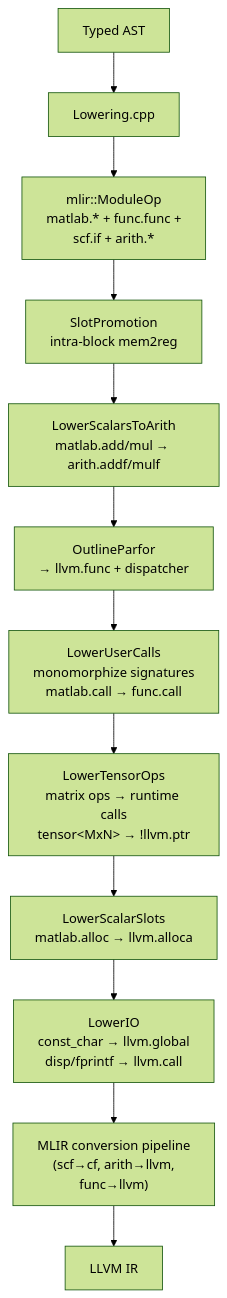
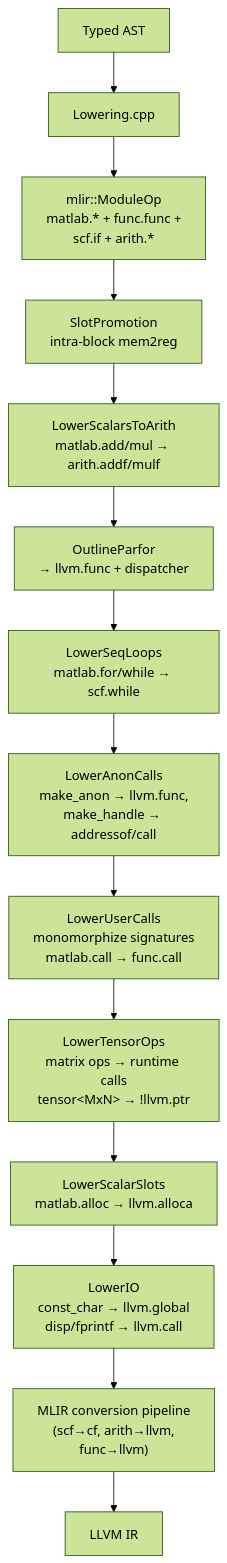
One commit to leonardoaraujosantos/matlab_llvm changed the fourth of 4 diagrams in README.md. Above: the diagram before and after it, drawn with Mermaid (forest theme). The commit also changed other lines of this file, not shown here.

First line of the commit message:
docs: sync README after sequential loops, handles, multi-recursion, nargout, implicit display

````diff
--- a/README.md
+++ b/README.md
@@ -421,14 +451,16 @@
 ```mermaid
 flowchart TD
   AST[Typed AST] --> LowerMLIR[Lowering.cpp]
   LowerMLIR --> Mod["mlir::ModuleOp<br/>matlab.* + func.func +<br/>scf.if + arith.*"]
   Mod --> SlotProm[SlotPromotion<br/>intra-block mem2reg]
   SlotProm --> ToArith[LowerScalarsToArith<br/>matlab.add/mul → arith.addf/mulf]
   ToArith --> OutlinePF[OutlineParfor<br/>→ llvm.func + dispatcher]
-  OutlinePF --> UserCalls[LowerUserCalls<br/>monomorphize signatures<br/>matlab.call → func.call]
+  OutlinePF --> SeqLoops[LowerSeqLoops<br/>matlab.for/while → scf.while]
+  SeqLoops --> AnonCalls[LowerAnonCalls<br/>make_anon → llvm.func,<br/>make_handle → addressof/call]
+  AnonCalls --> UserCalls[LowerUserCalls<br/>monomorphize signatures<br/>matlab.call → func.call]
   UserCalls --> TensorOps[LowerTensorOps<br/>matrix ops → runtime calls<br/>tensor&lt;MxN&gt; → !llvm.ptr]
   TensorOps --> ScalarSlots[LowerScalarSlots<br/>matlab.alloc → llvm.alloca]
   ScalarSlots --> IO[LowerIO<br/>const_char → llvm.global<br/>disp/fprintf → llvm.call]
   IO --> ConvertPipeline["MLIR conversion pipeline<br/>(scf→cf, arith→llvm,<br/>func→llvm)"]
   ConvertPipeline --> LLVMIR[LLVM IR]
 ```
````
